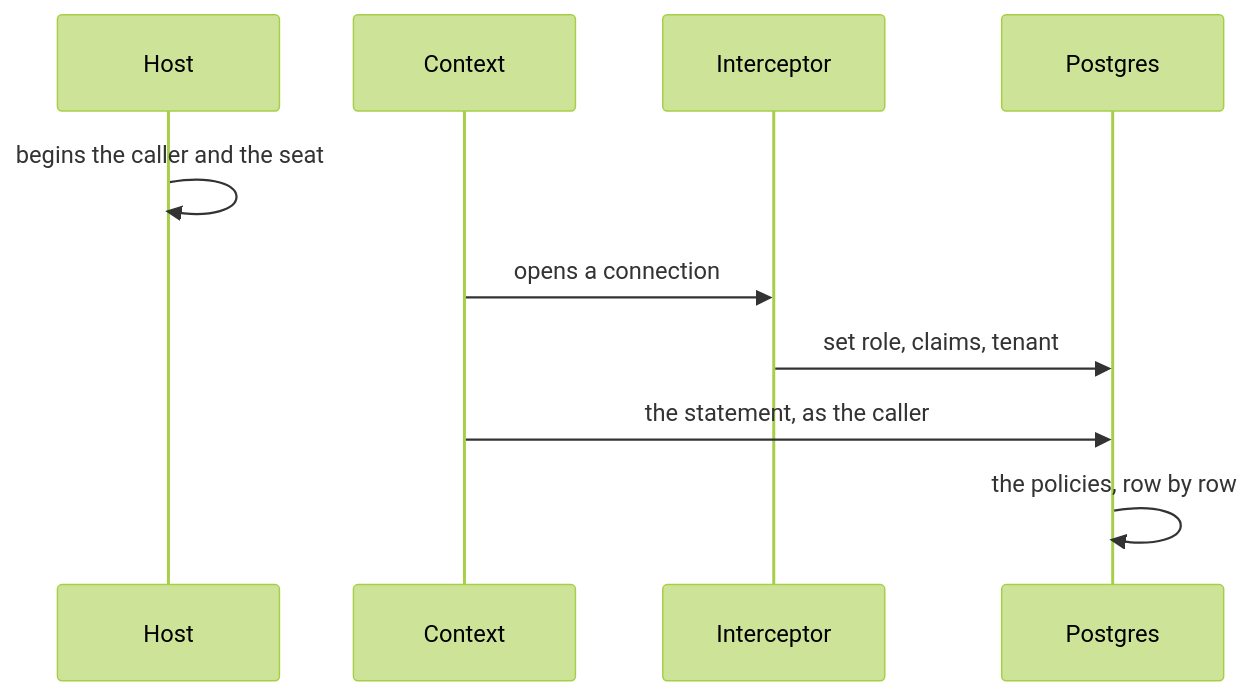
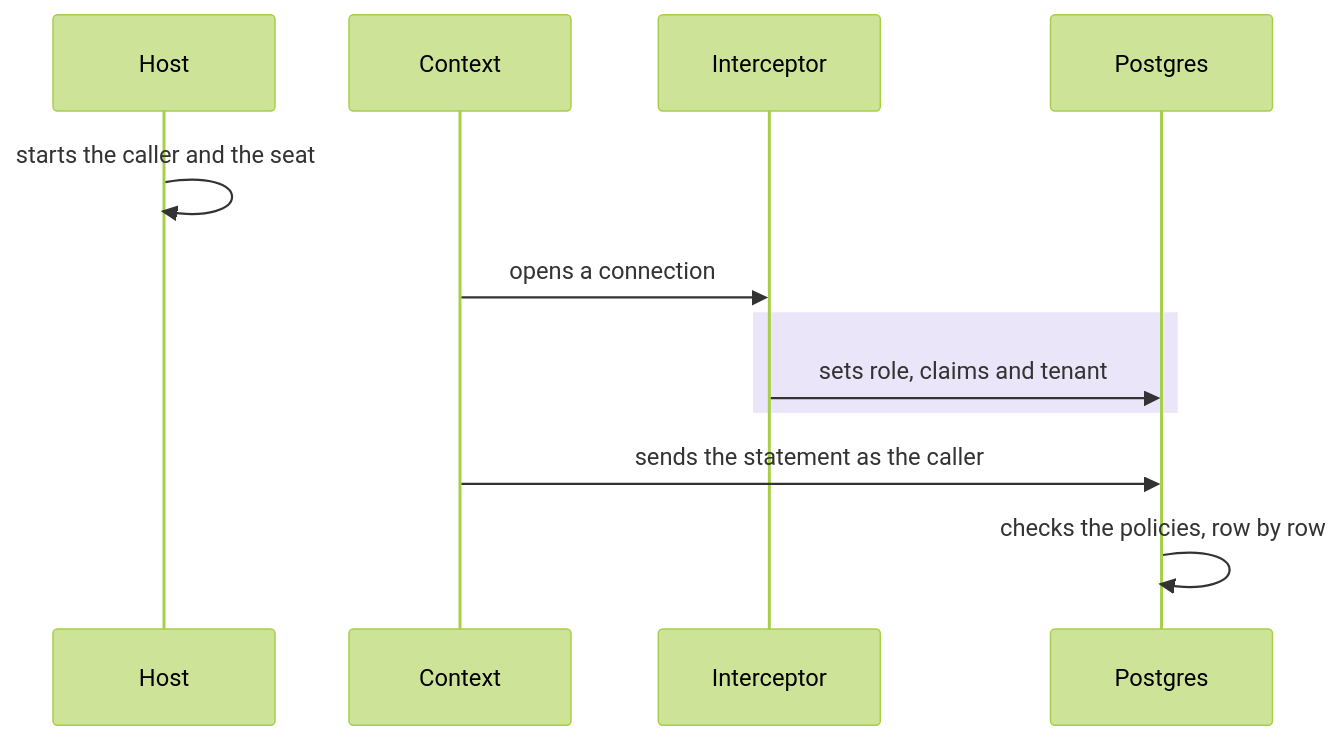
Before and after one commit to DylanSnel/DDDToolkit: the third of 6 diagrams in docs/how-a-request-is-checked.md, drawn with Mermaid (forest theme). The commit also changed other lines of this file and 41 other files, not shown here.

First line of the commit message:
Docs: plain prose, one word per concept, and readable diagrams on every page

````diff
--- a/docs/how-a-request-is-checked.md
+++ b/docs/how-a-request-is-checked.md
@@ -562,12 +600,14 @@
 ```mermaid
 sequenceDiagram
     participant Host
     participant Context
     participant Interceptor
     participant Postgres
-    Host->>Host: begins the caller and the seat
+    Host->>Host: starts the caller and the seat
     Context->>Interceptor: opens a connection
-    Interceptor->>Postgres: set role, claims, tenant
-    Context->>Postgres: the statement, as the caller
-    Postgres->>Postgres: the policies, row by row
+    rect rgba(91, 46, 201, 0.12)
+    Interceptor->>Postgres: sets role, claims and tenant
+    end
+    Context->>Postgres: sends the statement as the caller
+    Postgres->>Postgres: checks the policies, row by row
 ```
````
